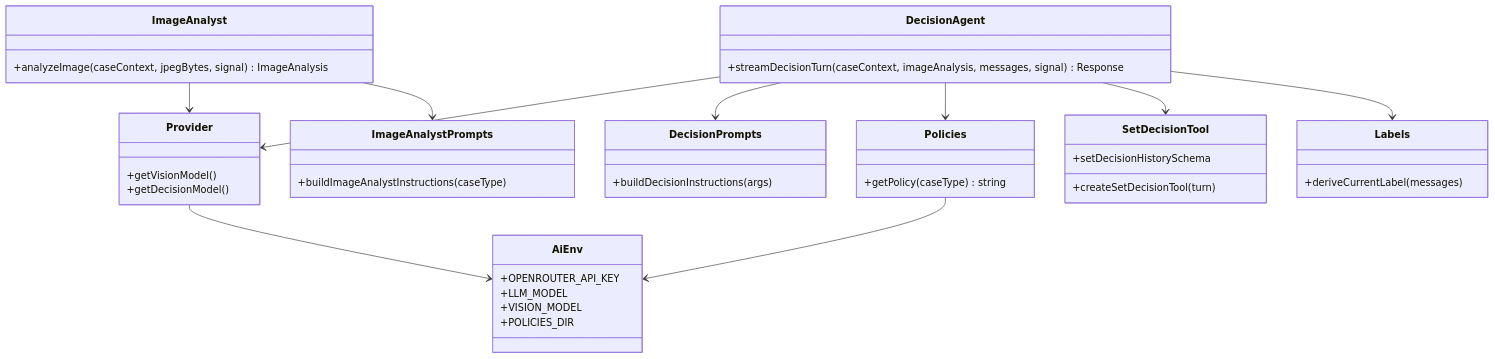
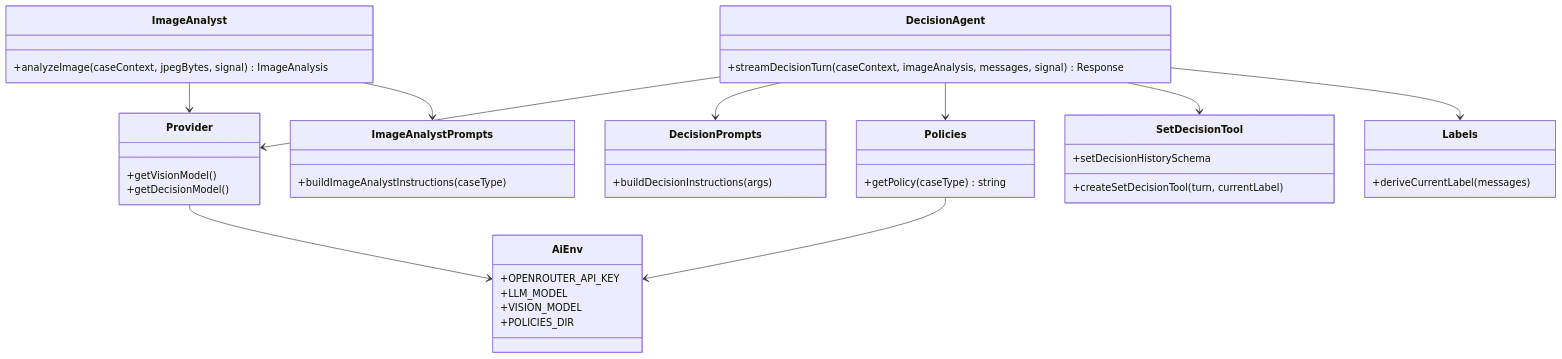
The first of 4 diagrams in docs/ADR/002-ai-integration.md (LucasMatuszewski/jsystems-claude-code-2026-10), drawn with Mermaid before and after one commit. The commit also changed other lines of this file and 4 other files, not shown here.

First line of the commit message:
Docs: Clarify streaming, first-turn recovery and decision recording

````diff
--- a/docs/ADR/002-ai-integration.md
+++ b/docs/ADR/002-ai-integration.md
@@ -261,44 +261,44 @@
 ```mermaid
 classDiagram
     class AiEnv {
       +OPENROUTER_API_KEY
       +LLM_MODEL
       +VISION_MODEL
       +POLICIES_DIR
     }
     class Provider {
       +getVisionModel()
       +getDecisionModel()
     }
     class Policies {
       +getPolicy(caseType) string
     }
     class ImageAnalystPrompts {
       +buildImageAnalystInstructions(caseType)
     }
     class DecisionPrompts {
       +buildDecisionInstructions(args)
     }
     class ImageAnalyst {
       +analyzeImage(caseContext, jpegBytes, signal) ImageAnalysis
     }
     class DecisionAgent {
       +streamDecisionTurn(caseContext, imageAnalysis, messages, signal) Response
     }
     class SetDecisionTool {
-      +createSetDecisionTool(turn)
+      +createSetDecisionTool(turn, currentLabel)
       +setDecisionHistorySchema
     }
     class Labels {
       +deriveCurrentLabel(messages)
     }
     Provider --> AiEnv
     Policies --> AiEnv
     ImageAnalyst --> Provider
     ImageAnalyst --> ImageAnalystPrompts
     DecisionAgent --> Provider
     DecisionAgent --> DecisionPrompts
     DecisionAgent --> Policies
     DecisionAgent --> SetDecisionTool
     DecisionAgent --> Labels
 ```
````
